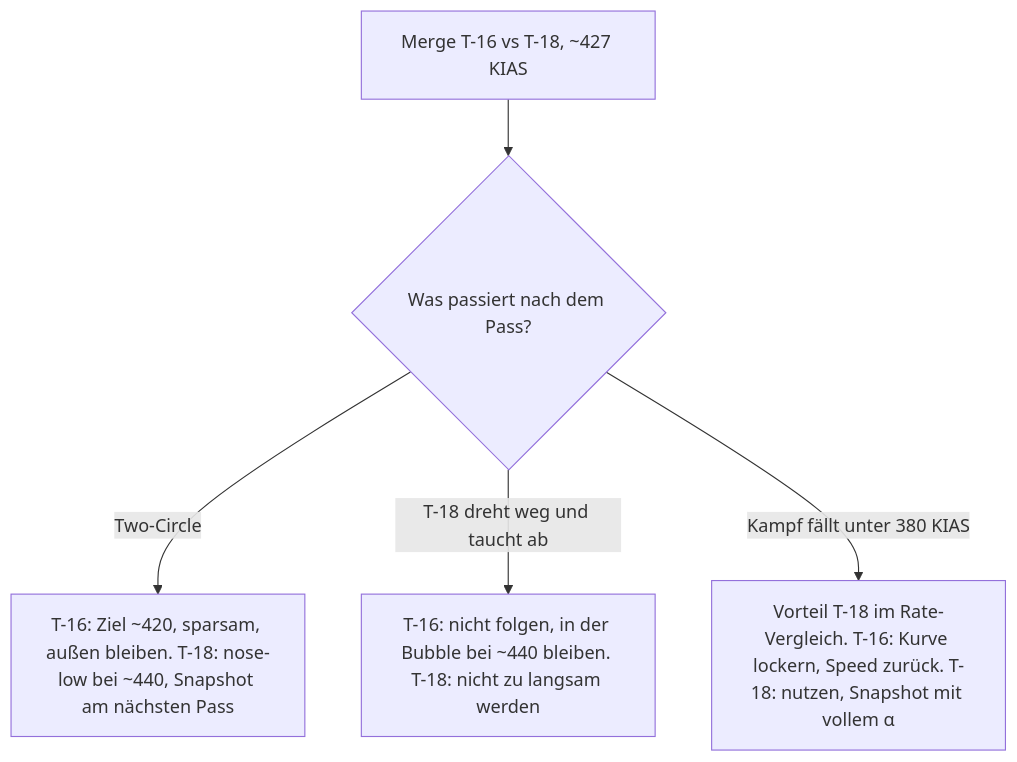
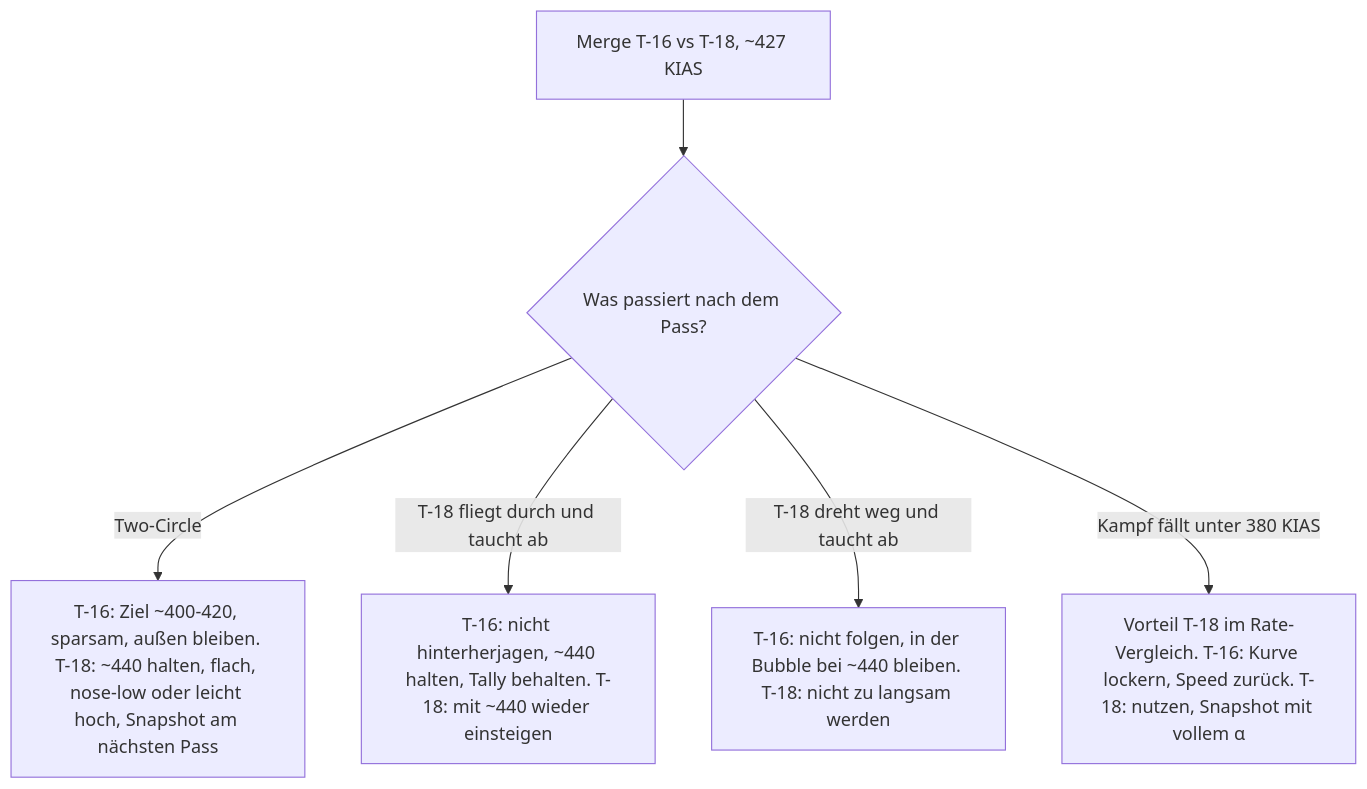
Before and after one commit to lukaio3D/VFM_Wiki: the diagram in docs/flugzeuge/matchups/t16-vs-t18.md, drawn with Mermaid. The commit also changed other lines of this file and 49 other files, not shown here.

````diff
--- a/docs/flugzeuge/matchups/t16-vs-t18.md
+++ b/docs/flugzeuge/matchups/t16-vs-t18.md
@@ -97,7 +104,8 @@
 ```mermaid
 flowchart TD
     A[Merge T-16 vs T-18, ~427 KIAS] --> B{Was passiert nach dem Pass?}
-    B -->|Two-Circle| C[T-16: Ziel ~420, sparsam, außen bleiben. T-18: nose-low bei ~440, Snapshot am nächsten Pass]
+    B -->|Two-Circle| C[T-16: Ziel ~400-420, sparsam, außen bleiben. T-18: ~440 halten, flach, nose-low oder leicht hoch, Snapshot am nächsten Pass]
+    B -->|T-18 fliegt durch und taucht ab| G[T-16: nicht hinterherjagen, ~440 halten, Tally behalten. T-18: mit ~440 wieder einsteigen]
     B -->|T-18 dreht weg und taucht ab| D[T-16: nicht folgen, in der Bubble bei ~440 bleiben. T-18: nicht zu langsam werden]
     B -->|Kampf fällt unter 380 KIAS| E[Vorteil T-18 im Rate-Vergleich. T-16: Kurve lockern, Speed zurück. T-18: nutzen, Snapshot mit vollem α]
 ```
````
